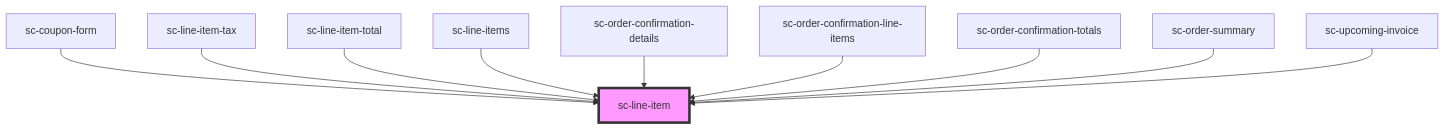
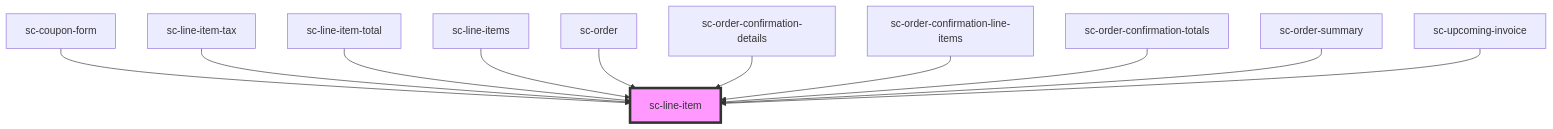
The diagram in packages/components/src/components/ui/line-item/readme.md (surecart/surecart-wp-plugin), drawn with Mermaid before and after one commit. The commit also changed other lines of this file and 68 other files, not shown here.

````diff
--- a/packages/components/src/components/ui/line-item/readme.md
+++ b/packages/components/src/components/ui/line-item/readme.md
@@ -53,13 +54,14 @@
 ```mermaid
 graph TD;
   sc-coupon-form --> sc-line-item
   sc-line-item-tax --> sc-line-item
   sc-line-item-total --> sc-line-item
   sc-line-items --> sc-line-item
+  sc-order --> sc-line-item
   sc-order-confirmation-details --> sc-line-item
   sc-order-confirmation-line-items --> sc-line-item
   sc-order-confirmation-totals --> sc-line-item
   sc-order-summary --> sc-line-item
   sc-upcoming-invoice --> sc-line-item
   style sc-line-item fill:#f9f,stroke:#333,stroke-width:4px
 ```
````
